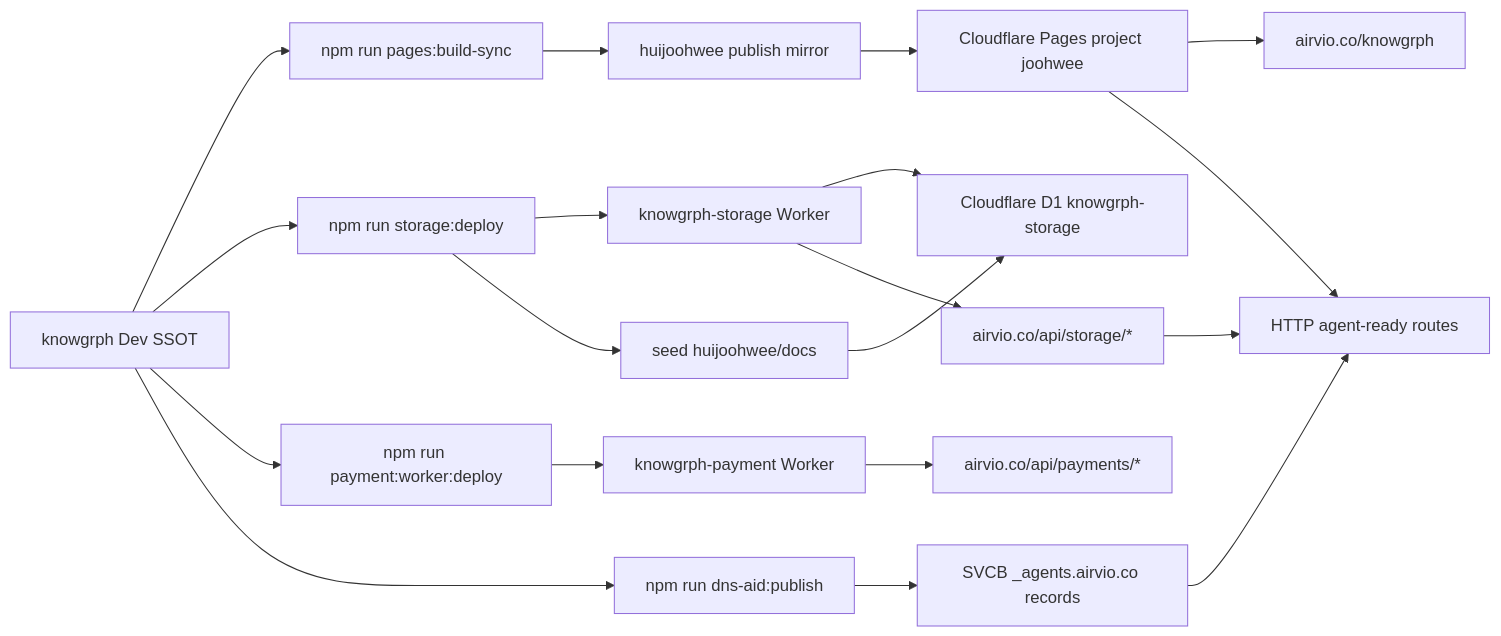
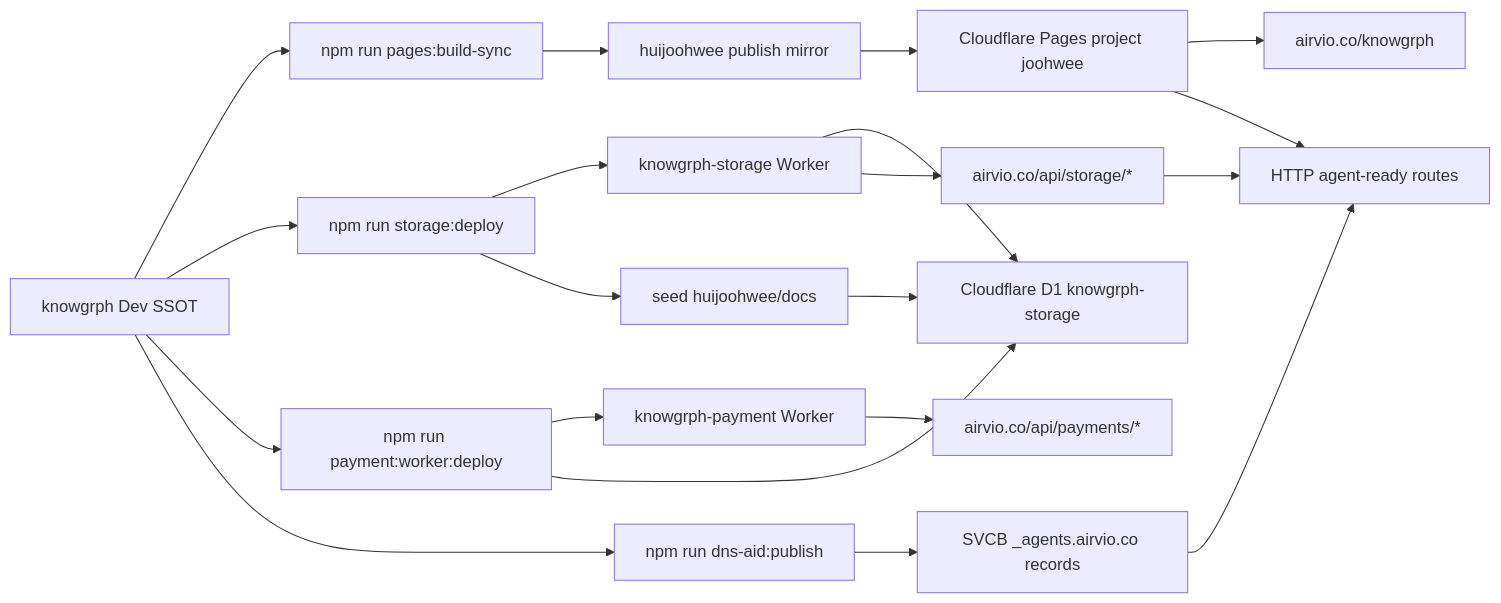
The diagram in docs/documents/knowgrph-cloudflare-document.md (huijoohwee/knowgrph), drawn with Mermaid before and after one commit. The commit also changed other lines of this file and 810 other files, not shown here.

````diff
--- a/docs/documents/knowgrph-cloudflare-document.md
+++ b/docs/documents/knowgrph-cloudflare-document.md
@@ -261,21 +261,22 @@
 ```mermaid
 flowchart LR
   Dev["knowgrph Dev SSOT"] --> Build["npm run pages:build-sync"]
   Build --> Mirror["huijoohwee publish mirror"]
   Mirror --> Pages["Cloudflare Pages project joohwee"]
   Pages --> App["airvio.co/knowgrph"]
   Pages --> Agent["HTTP agent-ready routes"]
   Dev --> StorageDeploy["npm run storage:deploy"]
   StorageDeploy --> StorageWorker["knowgrph-storage Worker"]
   StorageDeploy --> D1Seed["seed huijoohwee/docs"]
   StorageWorker --> D1["Cloudflare D1 knowgrph-storage"]
   D1Seed --> D1
   StorageWorker --> StorageRoutes["airvio.co/api/storage/*"]
   Dev --> PaymentDeploy["npm run payment:worker:deploy"]
   PaymentDeploy --> PaymentWorker["knowgrph-payment Worker"]
+  PaymentDeploy --> D1
   PaymentWorker --> PaymentRoutes["airvio.co/api/payments/*"]
   Dev --> DnsAidPublish["npm run dns-aid:publish"]
   DnsAidPublish --> DnsAid["SVCB _agents.airvio.co records"]
   DnsAid --> Agent
   StorageRoutes --> Agent
 ```
````
